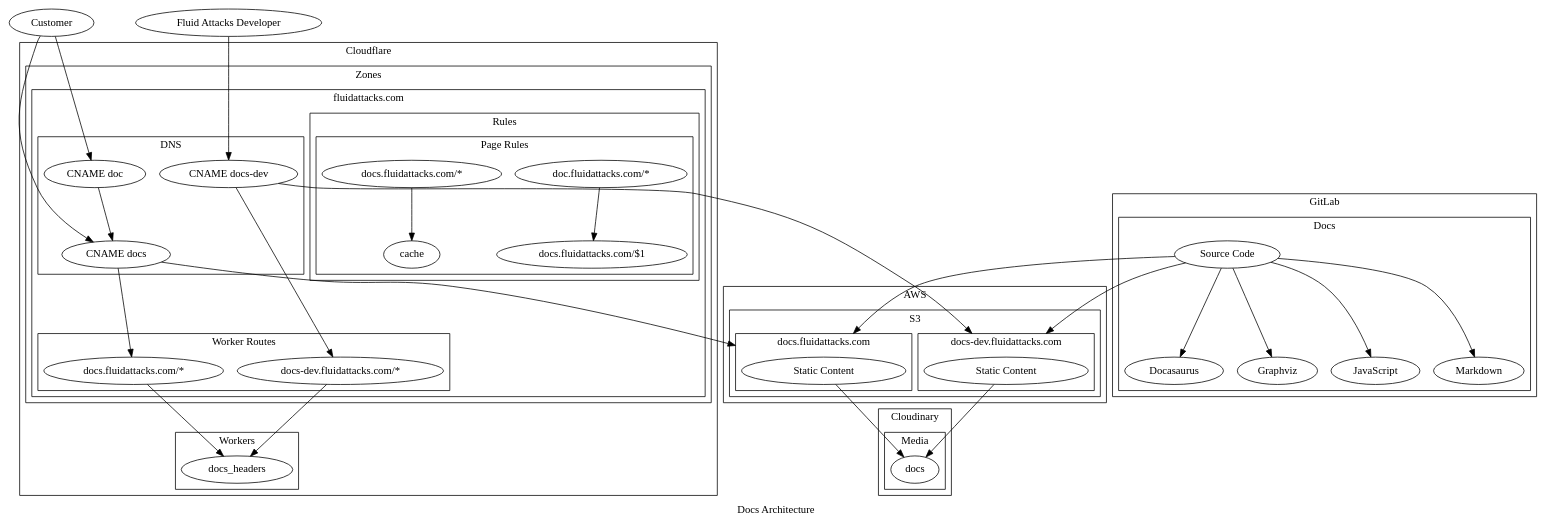
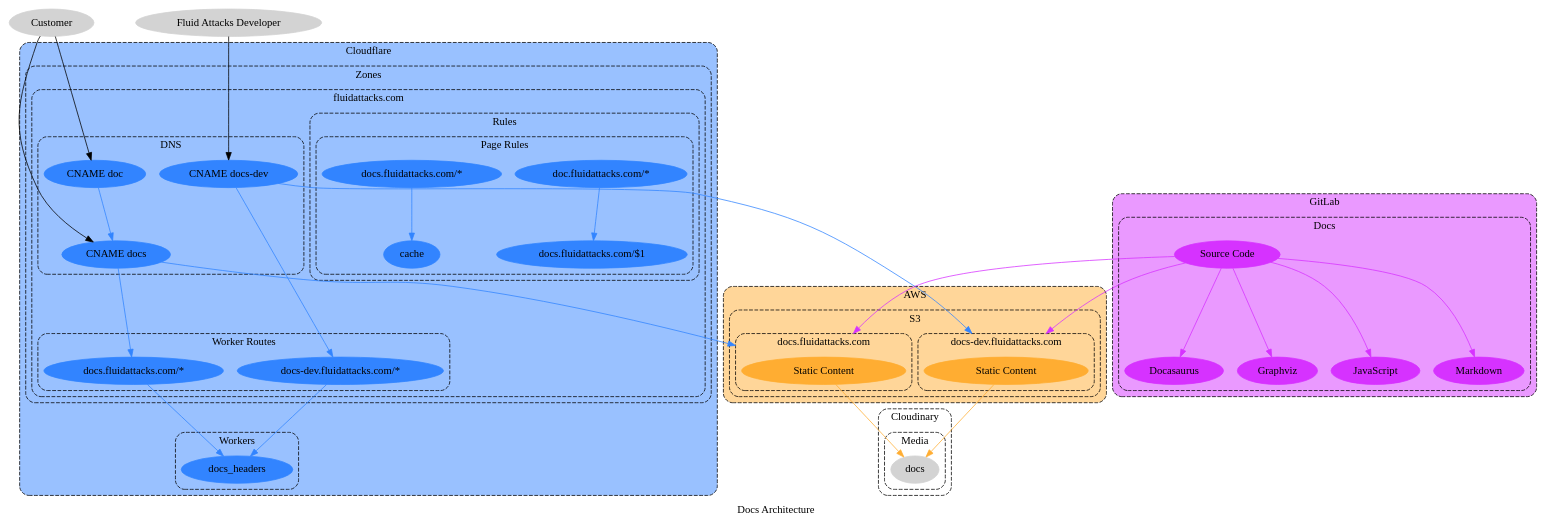
Before and after one commit to jeanbaptistemora/fluidattacks-universe2: the diagram in docs/src/docs/development/products/docs-arch.dot, drawn with Graphviz. The commit also changed 3 other files, not shown here.

```diff
--- a/docs/src/docs/development/products/docs-arch.dot
+++ b/docs/src/docs/development/products/docs-arch.dot
@@ -1,123 +1,142 @@
 // SPDX-FileCopyrightText: 2022 Fluid Attacks <development@fluidattacks.com>
 //
 // SPDX-License-Identifier: MPL-2.0
 
 digraph docs {
   label="Docs Architecture"
   compound="true"
   scale="scalexy"
 
-  customer[label="Customer"]
-  fluid_attacks_developer[label="Fluid Attacks Developer"]
+  node[style="filled"]
+  graph[style="dashed,rounded"]
 
   subgraph cluster_aws {
     label="AWS"
+    bgcolor="0.1 0.4 1.0"
+    node[color="0.1 0.8 1.0"]
 
     subgraph cluster_aws_s3 {
       label="S3"
 
       subgraph cluster_aws_s3_docs_dev {
         label="docs-dev.fluidattacks.com"
 
         aws_s3_docs_dev_static[label="Static Content" width="3.0"]
       }
 
       subgraph cluster_aws_s3_docs_prod {
         label="docs.fluidattacks.com"
 
         aws_s3_docs_prod_static[label="Static Content" width="3.0"]
       }
     }
   }
 
-  subgraph cluster_cloudinary {
-    label="Cloudinary"
-
-    subgraph cluster_cloudinary_media {
-      label="Media"
-
-      cloudinary_media_docs[label="docs"]
-    }
-  }
-
   subgraph cluster_cloudflare {
     label="Cloudflare"
+    bgcolor="0.6 0.4 1.0"
+    node[color="0.6 0.8 1.0"]
 
     subgraph cluster_cloudflare_workers {
       label="Workers"
 
       cluster_cloudflare_workers_docs_headers[label="docs_headers"]
     }
 
     subgraph cluster_cloudflare_zones {
       label="Zones"
 
       subgraph cluster_cloudflare_zone_fluidattacks_com {
         label="fluidattacks.com"
 
         subgraph cluster_cloudflare_zone_fluidattacks_com_dns_docs {
           label="DNS"
 
           cloudflare_zone_fluidattacks_com_dns_cname_doc[label="CNAME doc"]
           cloudflare_zone_fluidattacks_com_dns_cname_docs[label="CNAME docs"]
           cloudflare_zone_fluidattacks_com_dns_cname_docs_dev[label="CNAME docs-dev"]
         }
 
         subgraph cluster_cloudflare_zone_fluidattacks_com_rules {
           label="Rules"
 
           subgraph cluster_cloudflare_zone_fluidattacks_com_rules_page {
             label="Page Rules"
 
             cloudflare_zone_fluidattacks_com_rules_page_doc[label="doc.fluidattacks.com/*"]
             cloudflare_zone_fluidattacks_com_rules_page_doc_forward[label="docs.fluidattacks.com/$1"]
             cloudflare_zone_fluidattacks_com_rules_page_docs[label="docs.fluidattacks.com/*"]
             cloudflare_zone_fluidattacks_com_rules_page_docs_cache[label="cache"]
           }
         }
 
         subgraph cluster_cloudflare_zone_fluidattacks_com_worker_routes {
           label="Worker Routes"
 
           cloudflare_zone_fluidattacks_com_worker_route_dev[label="docs-dev.fluidattacks.com/*"]
           cloudflare_zone_fluidattacks_com_worker_route_prod[label="docs.fluidattacks.com/*"]
         }
       }
     }
   }
 
+  subgraph cluster_cloudinary {
+    label="Cloudinary"
+    bgcolor="/x11/white"
+    node[color="/x11/lightgray"]
+
+    subgraph cluster_cloudinary_media {
+      label="Media"
+
+      cloudinary_media_docs[label="docs"]
+    }
+  }
+
   subgraph cluster_gitlab {
     label="GitLab"
+    bgcolor="0.8 0.4 1.0"
+    node[color="0.8 0.8 1.0"]
 
     subgraph cluster_gitlab_docs {
       label="Docs"
 
       gitlab_docs[label="Source Code"]
       gitlab_docs_docasaurus[label="Docasaurus"]
       gitlab_docs_graphviz[label="Graphviz"]
       gitlab_docs_javascript[label="JavaScript"]
       gitlab_docs_markdown[label="Markdown"]
     }
   }
 
+  node[color="/x11/lightgray"]
+  customer[label="Customer"]
+  fluid_attacks_developer[label="Fluid Attacks Developer"]
+
+  edge[color="0.1 0.8 1.0"]
+  aws_s3_docs_dev_static -> cloudinary_media_docs[]
+  aws_s3_docs_prod_static -> cloudinary_media_docs[]
+
+  edge[color="0.6 0.8 1.0"]
   cloudflare_zone_fluidattacks_com_worker_route_dev -> cluster_cloudflare_workers_docs_headers[]
   cloudflare_zone_fluidattacks_com_worker_route_prod -> cluster_cloudflare_workers_docs_headers[]
   cloudflare_zone_fluidattacks_com_dns_cname_doc -> cloudflare_zone_fluidattacks_com_dns_cname_docs[]
   cloudflare_zone_fluidattacks_com_dns_cname_docs -> cloudflare_zone_fluidattacks_com_worker_route_prod[]
   cloudflare_zone_fluidattacks_com_dns_cname_docs_dev -> cloudflare_zone_fluidattacks_com_worker_route_dev[]
   cloudflare_zone_fluidattacks_com_dns_cname_docs -> aws_s3_docs_prod_static[lhead="cluster_aws_s3_docs_prod"]
   cloudflare_zone_fluidattacks_com_dns_cname_docs_dev -> aws_s3_docs_dev_static[lhead="cluster_aws_s3_docs_dev"]
   cloudflare_zone_fluidattacks_com_rules_page_doc -> cloudflare_zone_fluidattacks_com_rules_page_doc_forward[]
   cloudflare_zone_fluidattacks_com_rules_page_docs -> cloudflare_zone_fluidattacks_com_rules_page_docs_cache[]
-  customer -> cloudflare_zone_fluidattacks_com_dns_cname_doc[]
-  customer -> cloudflare_zone_fluidattacks_com_dns_cname_docs[]
-  fluid_attacks_developer -> cloudflare_zone_fluidattacks_com_dns_cname_docs_dev[]
+
+  edge[color="0.8 0.8 1.0"]
   gitlab_docs -> aws_s3_docs_dev_static[lhead="cluster_aws_s3_docs_dev"]
   gitlab_docs -> aws_s3_docs_prod_static[lhead="cluster_aws_s3_docs_prod"]
-  aws_s3_docs_dev_static -> cloudinary_media_docs[]
-  aws_s3_docs_prod_static -> cloudinary_media_docs[]
   gitlab_docs -> gitlab_docs_docasaurus[]
   gitlab_docs -> gitlab_docs_graphviz[]
   gitlab_docs -> gitlab_docs_javascript[]
   gitlab_docs -> gitlab_docs_markdown[]
+
+  edge[color="/x11/black"]
+  customer -> cloudflare_zone_fluidattacks_com_dns_cname_doc[]
+  customer -> cloudflare_zone_fluidattacks_com_dns_cname_docs[]
+  fluid_attacks_developer -> cloudflare_zone_fluidattacks_com_dns_cname_docs_dev[]
 }
```
